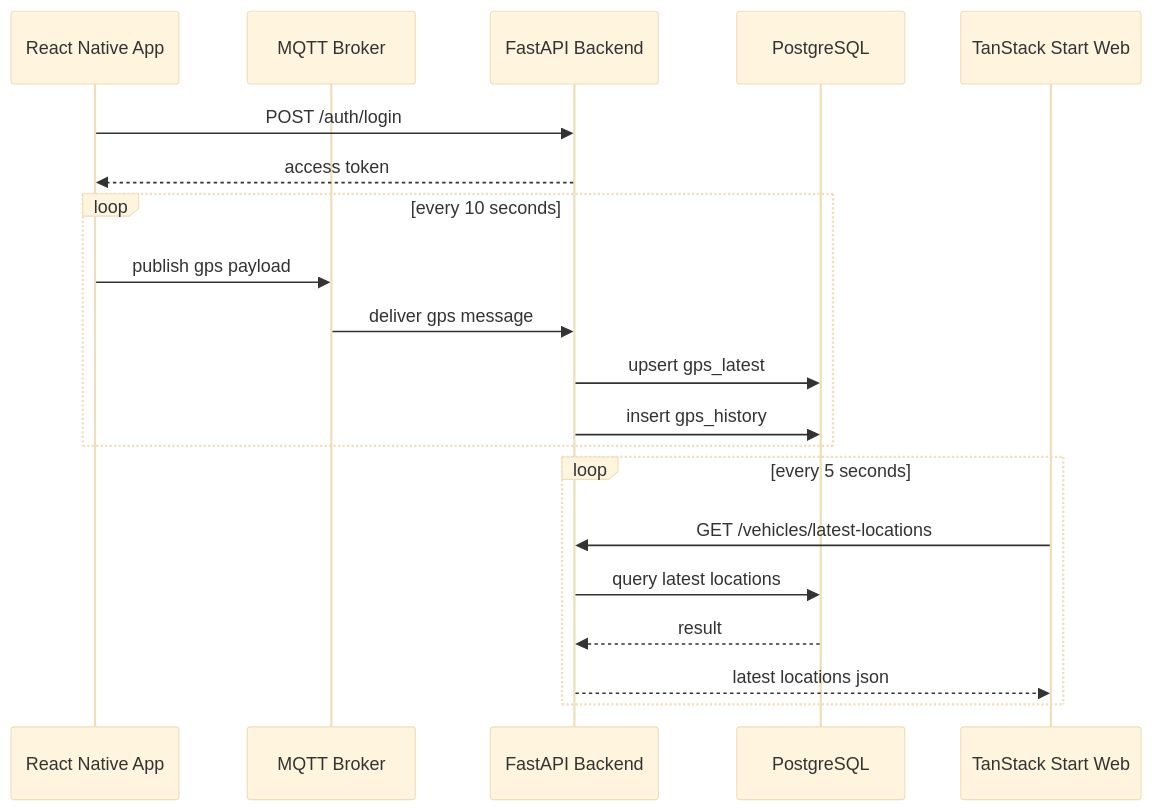
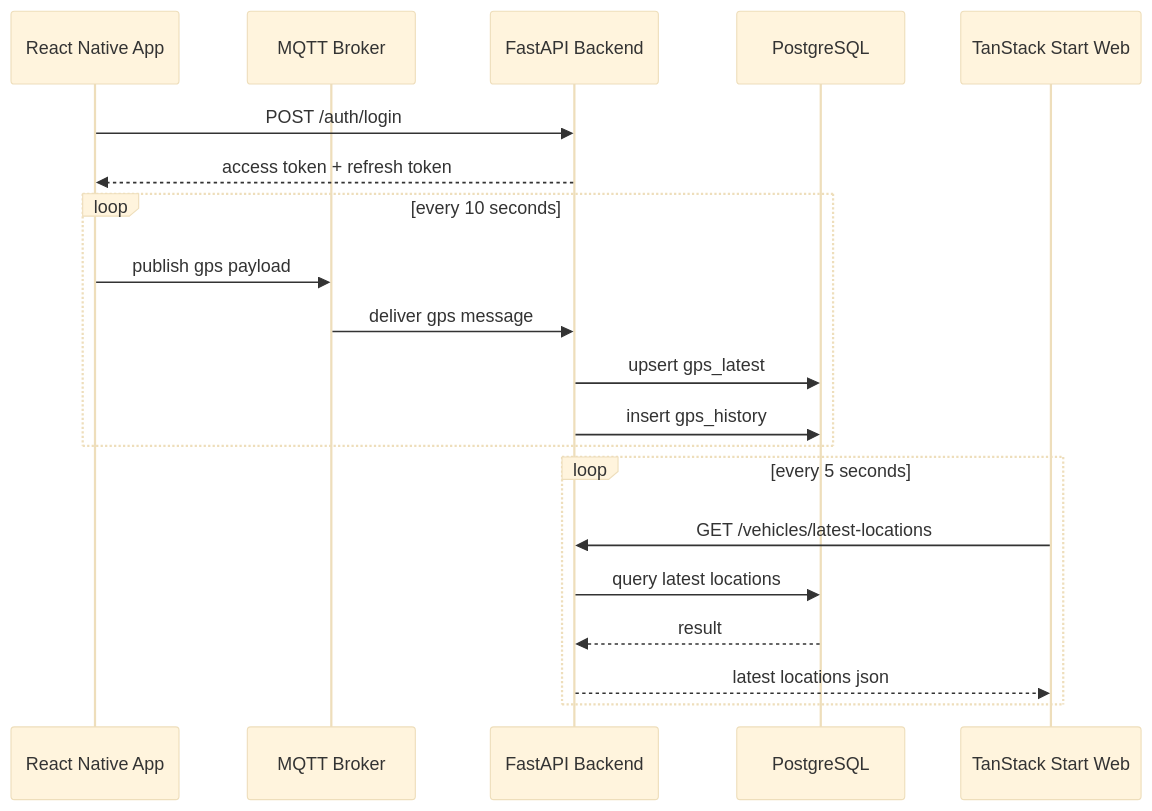
The second of 4 diagrams in docs/rfc-fms-design_en.md (Luciano0322/fleet_management_system), drawn with Mermaid (base theme) before and after one commit. The commit also changed other lines of this file and 12 other files, not shown here.

Commit message:
feat: adjust auth system to access and refresh token

````diff
--- a/docs/rfc-fms-design_en.md
+++ b/docs/rfc-fms-design_en.md
@@ -308,25 +311,25 @@
 ```mermaid
 sequenceDiagram
     participant Mobile as React Native App
     participant Broker as MQTT Broker
     participant API as FastAPI Backend
     participant DB as PostgreSQL
     participant Web as TanStack Start Web
 
     Mobile->>API: POST /auth/login
-    API-->>Mobile: access token
+    API-->>Mobile: access token + refresh token
 
     loop every 10 seconds
         Mobile->>Broker: publish gps payload
         Broker->>API: deliver gps message
         API->>DB: upsert gps_latest
         API->>DB: insert gps_history
     end
 
     loop every 5 seconds
         Web->>API: GET /vehicles/latest-locations
         API->>DB: query latest locations
         DB-->>API: result
         API-->>Web: latest locations json
     end
 ```
````
